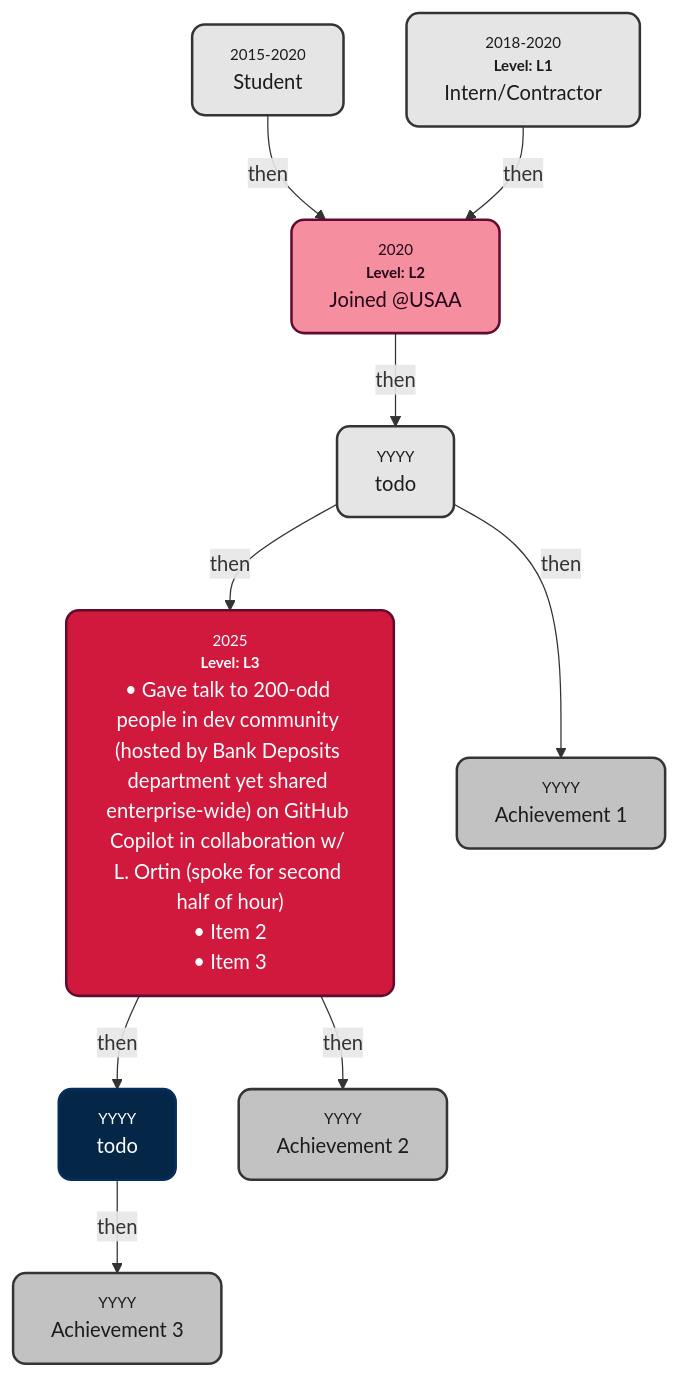
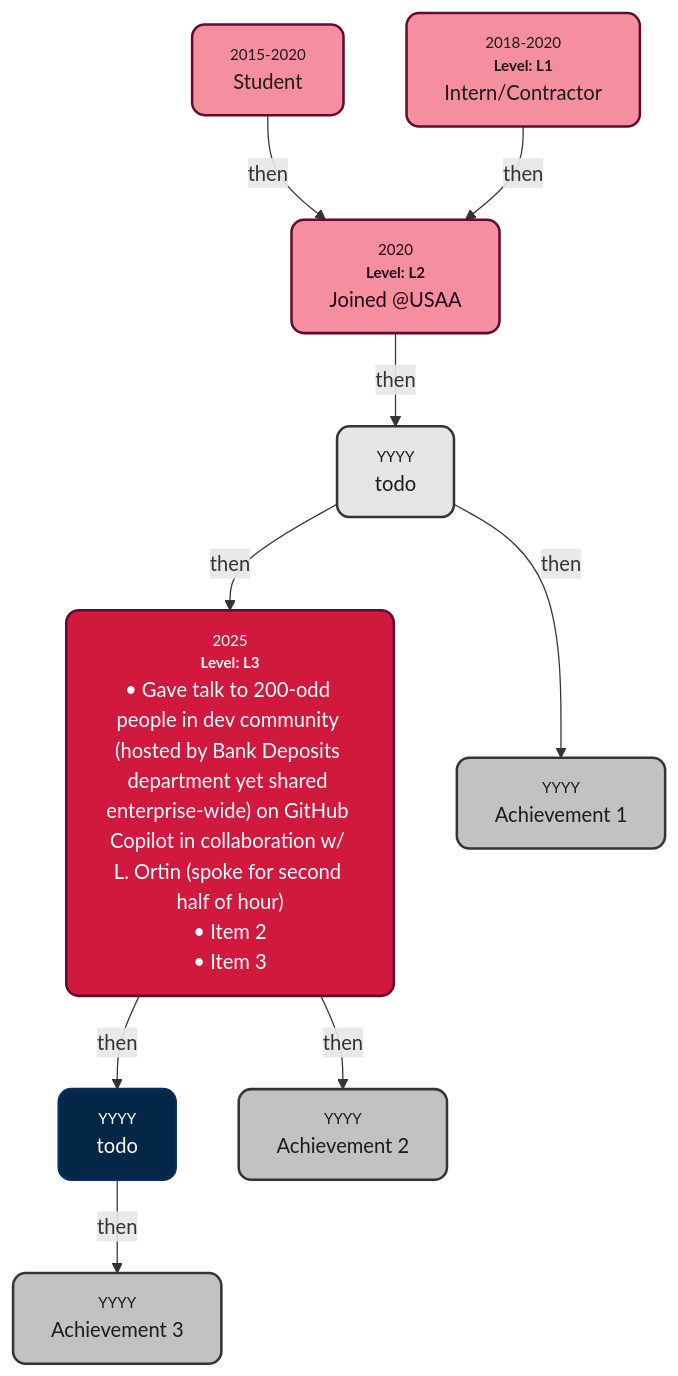
Before and after one commit to s-sepanski/portfolio: the diagram in README.md, drawn with Mermaid. The commit also changed other lines of this file, not shown here.

Commit message:
wip: node colors

````diff
--- a/README.md
+++ b/README.md
@@ -31,22 +30,22 @@
 ```mermaid
 graph TD
     PreStudentNode["<div style='font-size:75%;  color:#848484; text-align:center;'>2015-2020</div>Student"] -->|then| A["<div style='font-size:75%; color:#848484; text-align:center;'>2020</div><div style='font-size:75%; color:#848484; text-align:center;'><b>Level: L2</b><br/></div>Joined @USAA<br>"]
     ContractorNode["<div style='font-size:75%; color:#848484; text-align:center;'>2018-2020</div><div style='font-size:75%; color:#848484; text-align:center;'><b>Level: L1</b></div>Intern/Contractor"] -->|then| A
     A -->|then| B["<div style='font-size:75%; color:#848484; text-align:center;'>YYYY</div>todo"]
     B -->|then| C["<div style='font-size:75%; color:#848484; text-align:center;'>2025</div><div style='font-size:75%; color:#848484; text-align:center;'><b>Level: L3</b><br/></div><SWE 1 2025<br>• Gave talk to 200-odd people in dev community (hosted by Bank Deposits department yet shared enterprise-wide) on GitHub Copilot in collaboration w/ L. Ortin (spoke for second half of hour)<br>• Item 2<br>• Item 3"]
     C -->|then| D["<div style='font-size:75%; color:#848484; text-align:center;'>YYYY</div>todo"]
     B -->|then| E["<div style='font-size:75%; color:#848484; text-align:center;'>YYYY</div>Achievement 1"]
     C -->|then| F["<div style='font-size:75%; color:#848484; text-align:center;'>YYYY</div>Achievement 2"]
     D -->|then| G["<div style='font-size:75%; color:#848484; text-align:center;'>YYYY</div>Achievement 3"]
-    style PreStudentNode fill:#e5e5e5,stroke:#343434,stroke-width:2px,color:#1c1c1c
-    style ContractorNode fill:#e5e5e5,stroke:#343434,stroke-width:2px,color:#1c1c1c
+    style PreStudentNode fill:#f58e9f,stroke:#610b2f,stroke-width:2px,color:#1c1c1c
+    style ContractorNode fill:#f58e9f,stroke:#610b2f,stroke-width:2px,color:#1c1c1c
     style A fill:#f58e9f,stroke:#610b2f,stroke-width:2px,color:#230519
     style B fill:#e5e5e5,stroke:#343434,stroke-width:2px,color:#1c1c1c
     style C fill:#d1193e,stroke:#610b2f,stroke-width:2px,color:#FFFFFF
     style D fill:#042748,stroke:#042e5c,stroke-width:2px,color:#FFFFFF
     style E fill:#c2c2c2,stroke:#343434,stroke-width:2px,color:#1c1c1c
     style F fill:#c2c2c2,stroke:#343434,stroke-width:2px,color:#1c1c1c
     style G fill:#c2c2c2,stroke:#343434,stroke-width:2px,color:#1c1c1c
     classDef rounded stroke-width:2px,rx:10,ry:10;
     class PreStudentNode,ContractorNode,A,B,C,D,E,F,G rounded;
 ```
````
